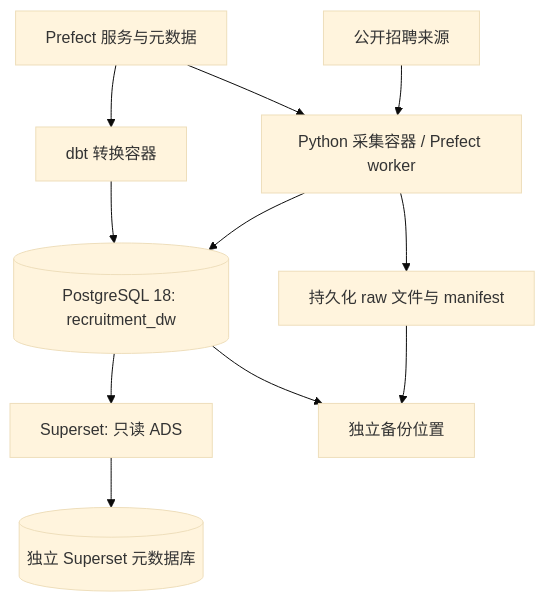
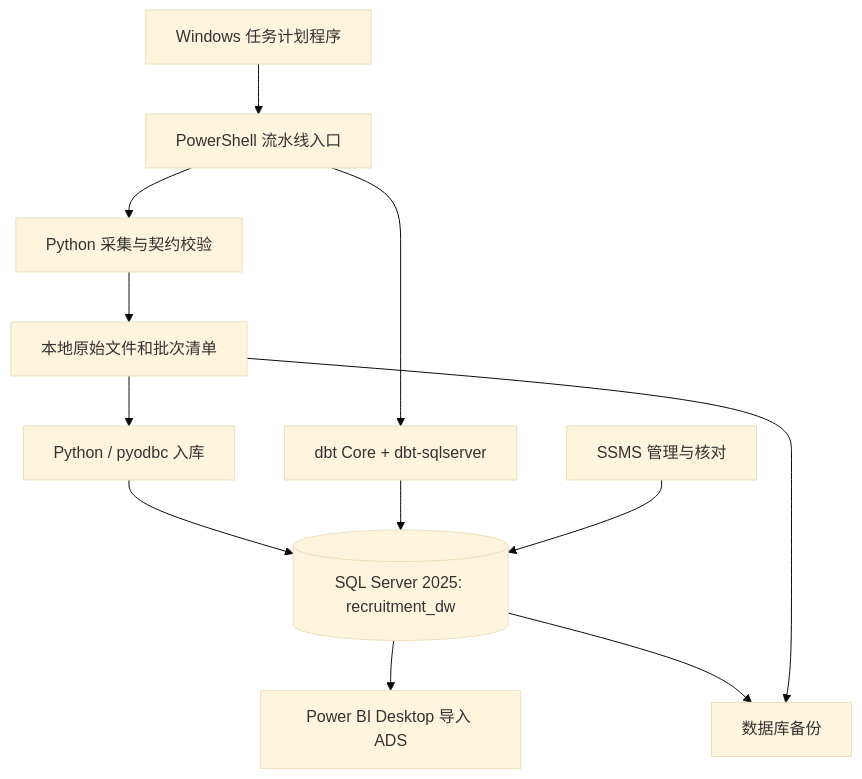
One commit to minxuanbo/data-warehouse-final-work changed the diagram in docs/design/05_物理设计.md. Above: the diagram before and after it, drawn with Mermaid (base theme). The commit also changed other lines of this file and 6 other files, not shown here.

Commit message:
docs: align deployment with local SQL Server and dbt

````diff
--- a/docs/design/05_物理设计.md
+++ b/docs/design/05_物理设计.md
@@ -27,13 +34,14 @@
 ```mermaid
 flowchart TB
-    WEB[公开招聘来源] --> C[Python 采集容器 / Prefect worker]
-    C --> F[持久化 raw 文件与 manifest]
-    C --> PG[(PostgreSQL 18: recruitment_dw)]
-    P[Prefect 服务与元数据] --> C
-    P --> T[dbt 转换容器]
-    T --> PG
-    PG --> BI[Superset: 只读 ADS]
-    BI --> BM[(独立 Superset 元数据库)]
-    F --> BK[独立备份位置]
-    PG --> BK
+    W[Windows 任务计划程序] --> R[PowerShell 流水线入口]
+    R --> C[Python 采集与契约校验]
+    C --> F[本地原始文件和批次清单]
+    F --> L[Python / pyodbc 入库]
+    L --> DB[(SQL Server 2025: recruitment_dw)]
+    R --> T[dbt Core + dbt-sqlserver]
+    T --> DB
+    M[SSMS 管理与核对] --> DB
+    DB --> B[Power BI Desktop 导入 ADS]
+    DB --> BK[数据库备份]
+    F --> BK
 ```
````
